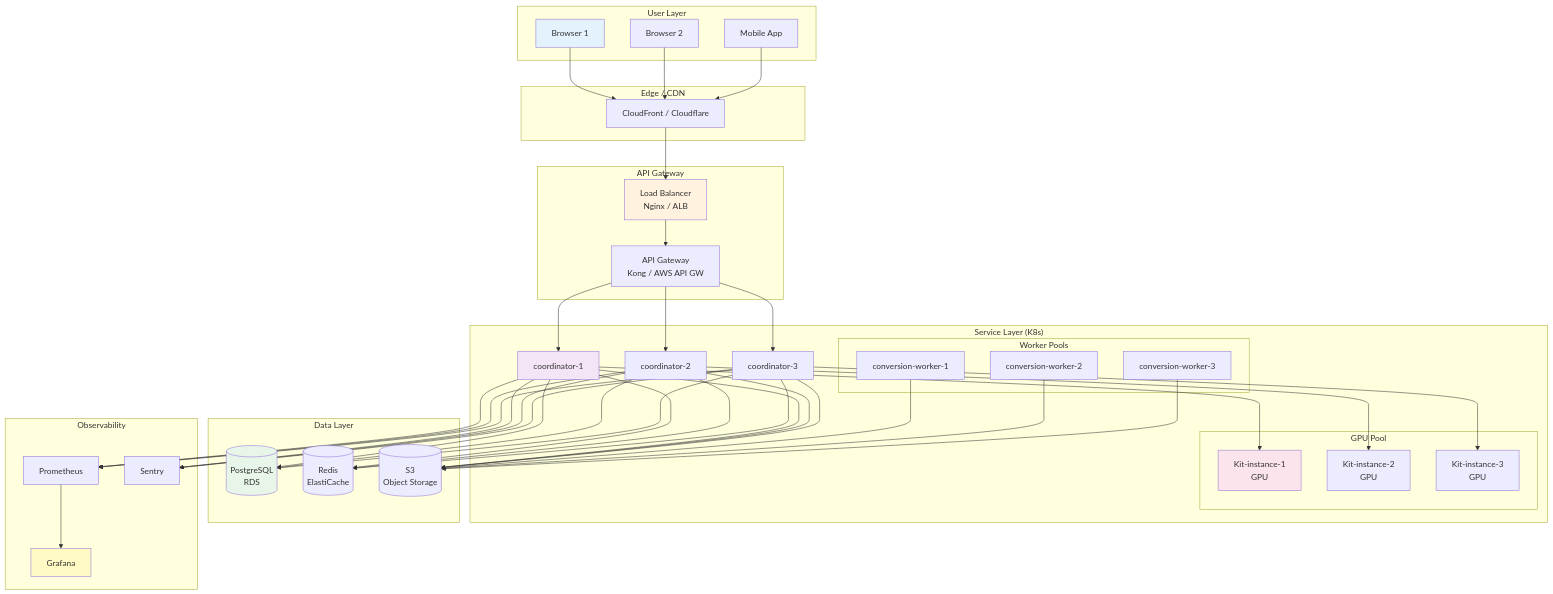
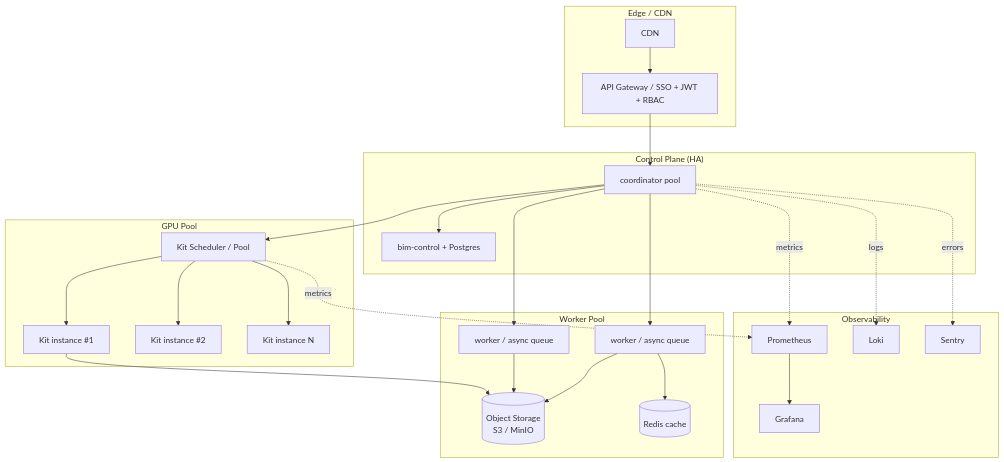
One commit to monkey1sai/AI-BIM-governance changed the second of 5 diagrams in docs/PROJECT_DEVELOPMENT_WORKFLOW.md. Above: the diagram before and after it, drawn with Mermaid. The commit also changed other lines of this file, not shown here.

First line of the commit message:
docs: 依新版架構圖 v2 重寫專案開發流程

````diff
--- a/docs/PROJECT_DEVELOPMENT_WORKFLOW.md
+++ b/docs/PROJECT_DEVELOPMENT_WORKFLOW.md
@@ -726,92 +91,48 @@
 ```mermaid
 flowchart TB
-    subgraph "User Layer"
-        U1[Browser 1]
-        U2[Browser 2]
-        U3[Mobile App]
+    subgraph "Edge / CDN"
+        CDN[CDN]
+        AG[API Gateway / SSO + JWT + RBAC]
     end
-    
-    subgraph "Edge / CDN"
-        CDN[CloudFront / Cloudflare]
+    subgraph "Control Plane (HA)"
+        COp[coordinator pool]
+        BCp[bim-control + Postgres]
     end
-    
-    subgraph "API Gateway"
-        LB[Load Balancer<br/>Nginx / ALB]
-        AG[API Gateway<br/>Kong / AWS API GW]
+    subgraph "Worker Pool"
+        WK1[worker / async queue]
+        WK2[worker / async queue]
+        S3[(Object Storage<br/>S3 / MinIO)]
+        RD[(Redis cache)]
     end
-    
-    subgraph "Service Layer (K8s)"
-        CO1[coordinator-1]
-        CO2[coordinator-2]
-        CO3[coordinator-3]
-        
-        subgraph "Worker Pools"
-            W1[conversion-worker-1]
-            W2[conversion-worker-2]
-            W3[conversion-worker-3]
-        end
-        
-        subgraph "GPU Pool"
-            K1[Kit-instance-1<br/>GPU]
-            K2[Kit-instance-2<br/>GPU]
-            K3[Kit-instance-3<br/>GPU]
-        end
+    subgraph "GPU Pool"
+        KS[Kit Scheduler / Pool]
+        KIT1[Kit instance #1]
+        KIT2[Kit instance #2]
+        KITN[Kit instance N]
     end
-    
-    subgraph "Data Layer"
-        PG[(PostgreSQL<br/>RDS)]
-        RD[(Redis<br/>ElastiCache)]
-        S3[(S3<br/>Object Storage)]
-    end
-    
     subgraph "Observability"
         PROM[Prometheus]
         GRAF[Grafana]
-        SENTRY[Sentry]
+        LOKI[Loki]
+        SEN[Sentry]
     end
-    
-    U1 --> CDN
-    U2 --> CDN
-    U3 --> CDN
-    CDN --> LB
-    LB --> AG
-    AG --> CO1
-    AG --> CO2
-    AG --> CO3
-    
-    CO1 --> PG
-    CO2 --> PG
-    CO3 --> PG
-    
-    CO1 --> RD
-    CO2 --> RD
-    CO3 --> RD
-    
-    CO1 --> S3
-    CO2 --> S3
-    CO3 --> S3
-    
-    CO1 --> K1
-    CO2 --> K2
-    CO3 --> K3
-    
-    W1 --> S3
-    W2 --> S3
-    W3 --> S3
-    
-    CO1 --> PROM
-    CO2 --> PROM
-    CO3 --> PROM
-    
+
+    CDN --> AG
+    AG --> COp
+    COp --> BCp
+    COp --> WK1
+    COp --> WK2
+    COp --> KS
+    WK1 --> S3
+    WK2 --> S3
+    WK1 --> RD
+    KS --> KIT1
+    KS --> KIT2
+    KS --> KITN
+    KIT1 --> S3
+    COp -.metrics.-> PROM
+    KS -.metrics.-> PROM
     PROM --> GRAF
-    CO1 --> SENTRY
-    CO2 --> SENTRY
-    CO3 --> SENTRY
-    
-    style U1 fill:#E3F2FD
-    style LB fill:#FFF3E0
-    style CO1 fill:#F3E5F5
-    style PG fill:#E8F5E9
-    style K1 fill:#FCE4EC
-    style GRAF fill:#FFF9C4
+    COp -.logs.-> LOKI
+    COp -.errors.-> SEN
 ```
````
